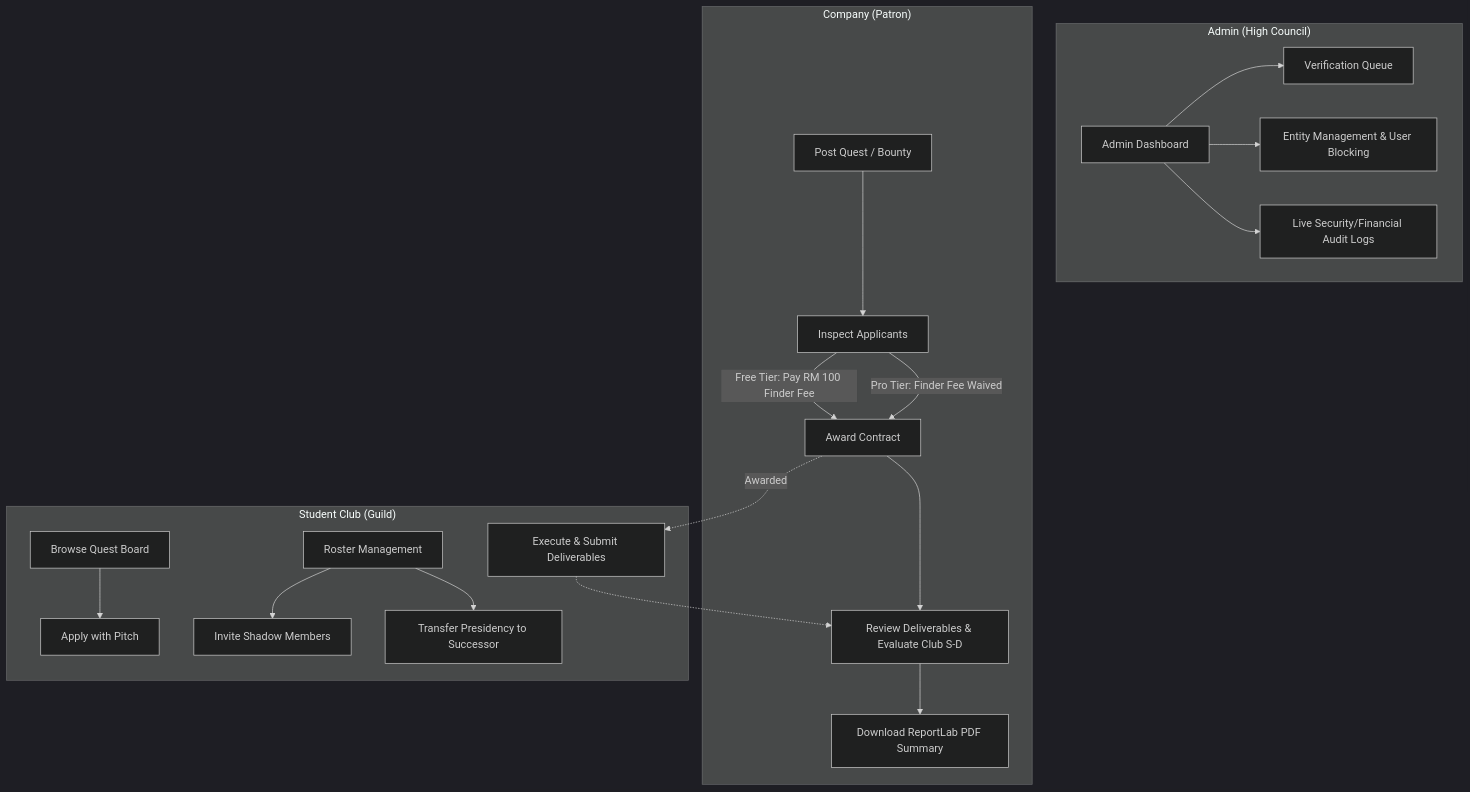
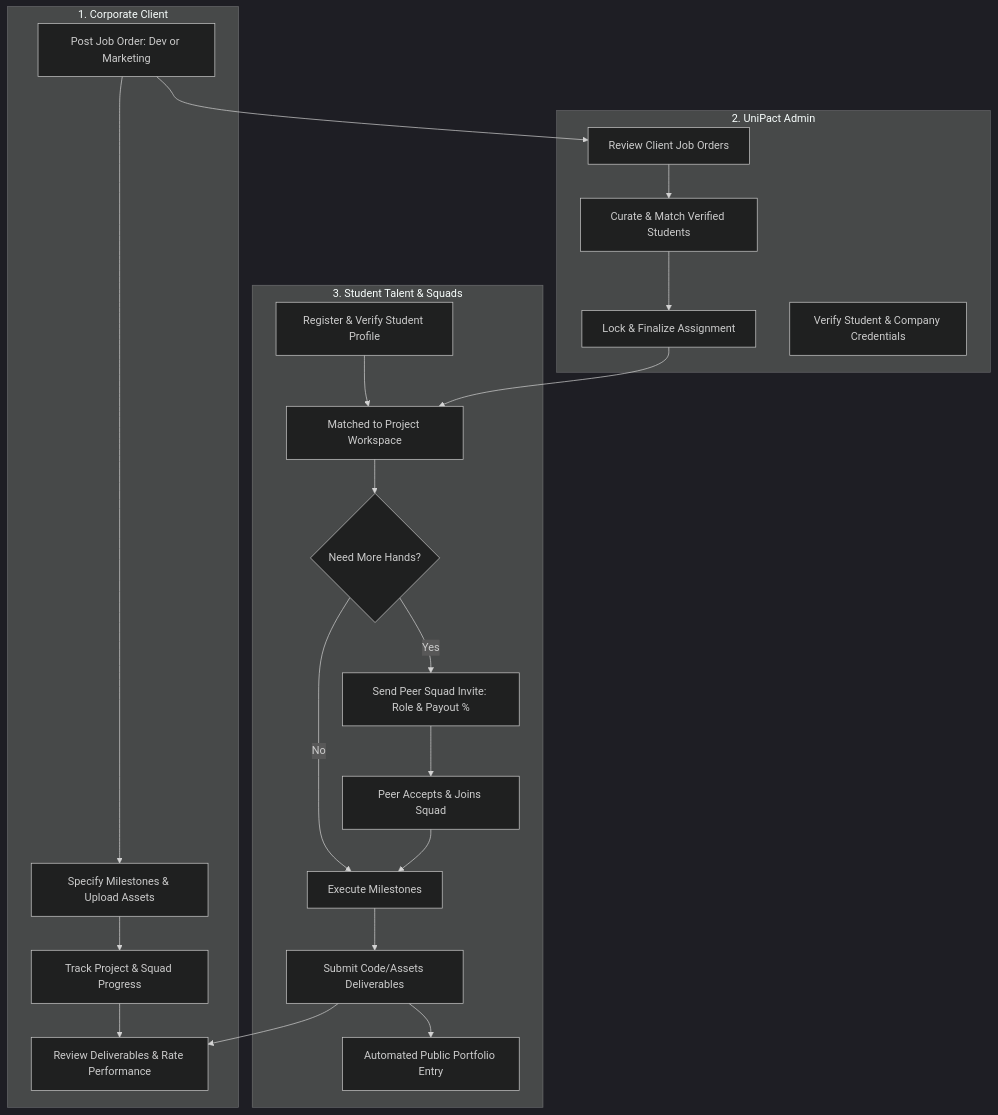
One commit to jijo-jiji/unipact-mvp changed the diagram in README.md. Above: the diagram before and after it, drawn with Mermaid (dark theme). The commit also changed other lines of this file, not shown here.

Commit message:
docs: update README to UniPact V3.0 with dual-track architecture and student collaboration

````diff
--- a/README.md
+++ b/README.md
@@ -78,24 +110,29 @@
 ```mermaid
 flowchart TD
-    subgraph "Admin (High Council)"
-        A1[Admin Dashboard] --> A2[Verification Queue]
-        A1 --> A3[Entity Management & User Blocking]
-        A1 --> A4[Live Security/Financial Audit Logs]
+    subgraph "1. Corporate Client"
+        C1[Post Job Order: Dev or Marketing] --> C2[Specify Milestones & Upload Assets]
+        C2 --> C3[Track Project & Squad Progress]
+        C3 --> C4[Review Deliverables & Rate Performance]
     end
 
-    subgraph "Company (Patron)"
-        C1[Post Quest / Bounty] --> C2[Inspect Applicants]
-        C2 -->|Free Tier: Pay RM 100 Finder Fee| C3[Award Contract]
-        C2 -->|Pro Tier: Finder Fee Waived| C3
-        C3 --> C4[Review Deliverables & Evaluate Club S-D]
-        C4 --> C5[Download ReportLab PDF Summary]
+    subgraph "2. UniPact Admin"
+        A1[Review Client Job Orders] --> A2[Curate & Match Verified Students]
+        A2 --> A3[Lock & Finalize Assignment]
+        A4[Verify Student & Company Credentials]
     end
 
-    subgraph "Student Club (Guild)"
-        S1[Browse Quest Board] --> S2[Apply with Pitch]
-        C3 -.->|Awarded| S3[Execute & Submit Deliverables]
-        S3 -.-> C4
-        S4[Roster Management] --> S5[Invite Shadow Members]
-        S4 --> S6[Transfer Presidency to Successor]
+    subgraph "3. Student Talent & Squads"
+        S1[Register & Verify Student Profile] --> S2[Matched to Project Workspace]
+        S2 --> S3{Need More Hands?}
+        S3 -->|Yes| S4[Send Peer Squad Invite: Role & Payout %]
+        S3 -->|No| S5[Execute Milestones]
+        S4 --> S6[Peer Accepts & Joins Squad]
+        S6 --> S5
+        S5 --> S7[Submit Code/Assets Deliverables]
+        S7 --> S8[Automated Public Portfolio Entry]
     end
+
+    C1 --> A1
+    A3 --> S2
+    S7 --> C4
 ```
````
